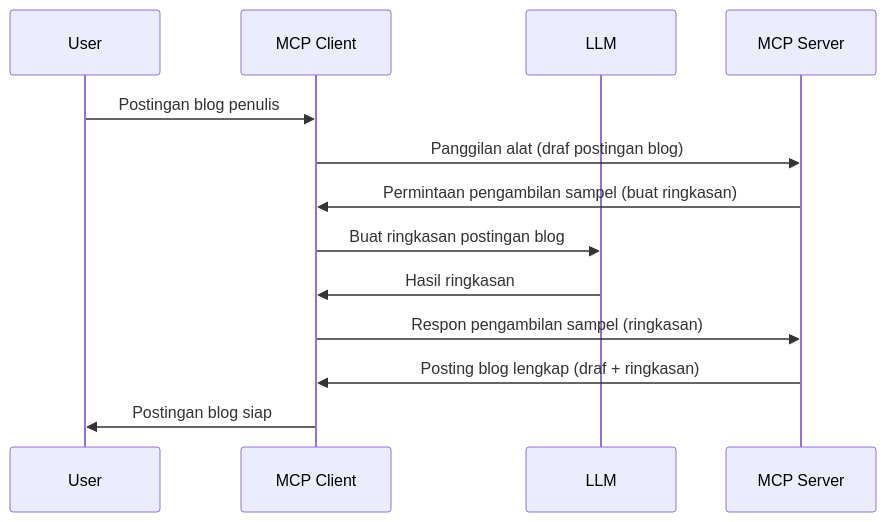
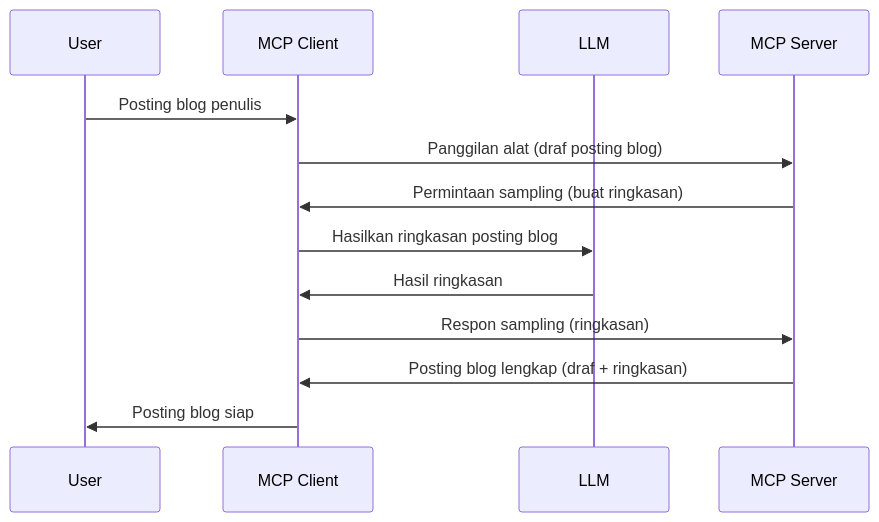
One commit to HIDORAKAI002/ai-workspace-archive changed the diagram in mcp_ecosystem__model_context_protocol/mcp_learning_resources/mcp-for-beginners/translations/id/03-GettingStarted/14-sampling/README.md. Above: the diagram before and after it, drawn with Mermaid. The commit also changed other lines of this file and 5721 other files, not shown here.

Commit message:
chore(sync): update MCP Python SDK, MCP TypeScript SDK, Supabase MCP, Kubernetes MCP Server, Git MCP, MCP Agent, Awesome ChatGPT Prompts, Langfuse, +62 more

````diff
--- a/mcp_ecosystem__model_context_protocol/mcp_learning_resources/mcp-for-beginners/translations/id/03-GettingStarted/14-sampling/README.md
+++ b/mcp_ecosystem__model_context_protocol/mcp_learning_resources/mcp-for-beginners/translations/id/03-GettingStarted/14-sampling/README.md
@@ -25,16 +27,16 @@
 ```mermaid
 sequenceDiagram
     participant User
     participant MCP Client
     participant LLM
     participant MCP Server
 
-    User->>MCP Client: Postingan blog penulis
-    MCP Client->>MCP Server: Panggilan alat (draf postingan blog)
-    MCP Server->>MCP Client: Permintaan pengambilan sampel (buat ringkasan)
-    MCP Client->>LLM: Buat ringkasan postingan blog
+    User->>MCP Client: Posting blog penulis
+    MCP Client->>MCP Server: Panggilan alat (draf posting blog)
+    MCP Server->>MCP Client: Permintaan sampling (buat ringkasan)
+    MCP Client->>LLM: Hasilkan ringkasan posting blog
     LLM->>MCP Client: Hasil ringkasan
-    MCP Client->>MCP Server: Respon pengambilan sampel (ringkasan)
+    MCP Client->>MCP Server: Respon sampling (ringkasan)
     MCP Server->>MCP Client: Posting blog lengkap (draf + ringkasan)
-    MCP Client->>User: Postingan blog siap
+    MCP Client->>User: Posting blog siap
 ```
````
